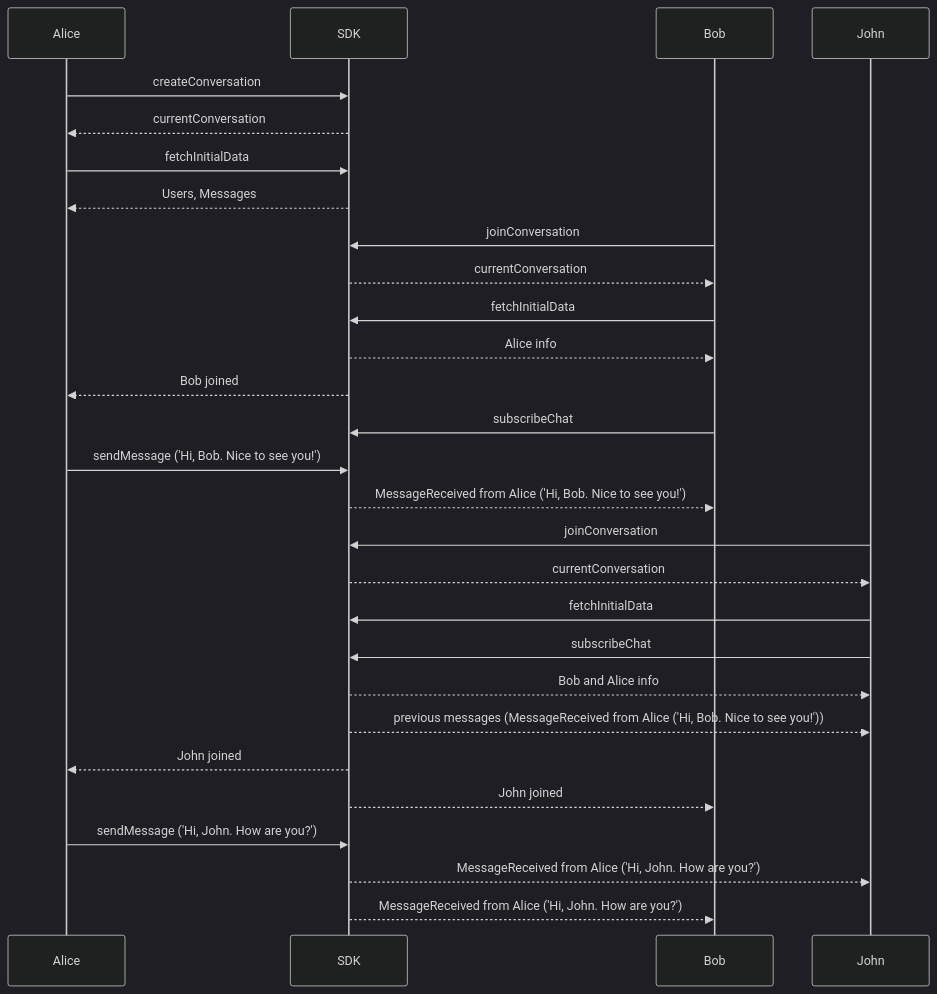
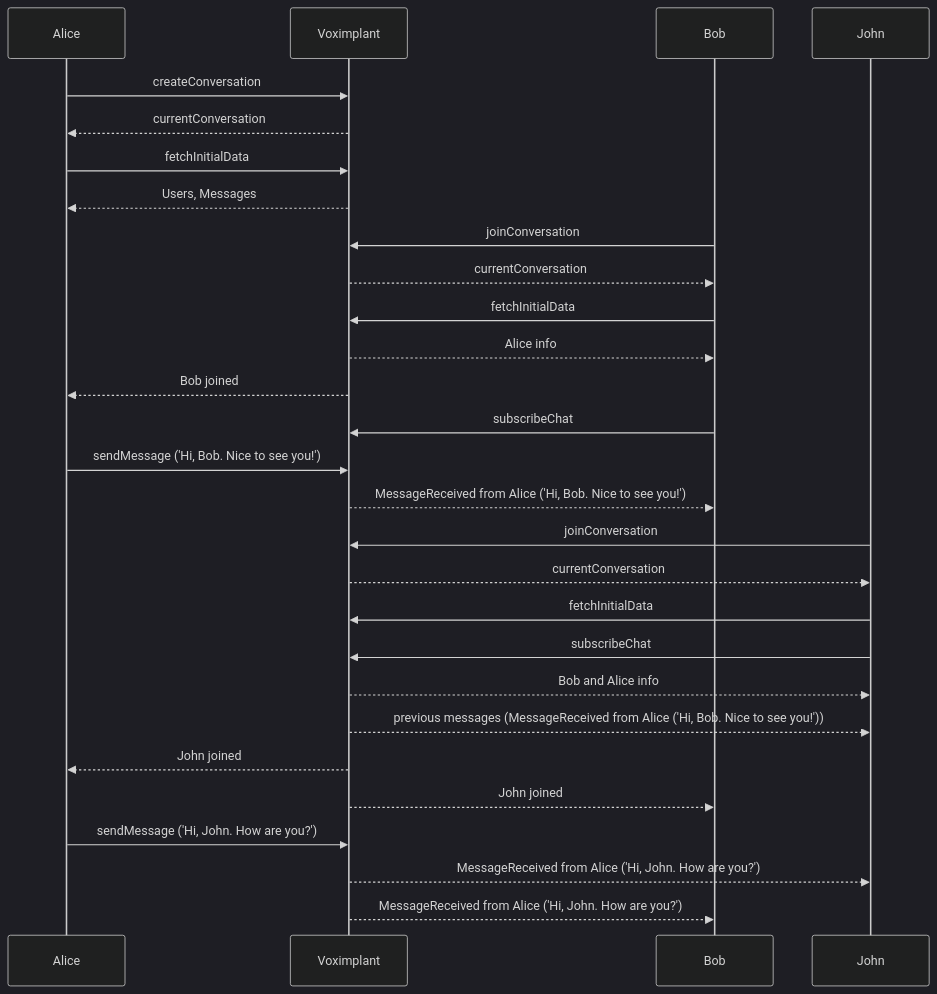
One commit to voximplant/solutions-videoconference changed the fourth of 5 diagrams in README.md. Above: the diagram before and after it, drawn with Mermaid (dark theme).

````diff
--- a/README.md
+++ b/README.md
@@ -681,30 +681,30 @@
 ```mermaid
 sequenceDiagram
     participant Alice
-    participant SDK
+    participant Voximplant
     participant Bob
     participant John
-    Alice->>SDK: createConversation
-    SDK-->>Alice: currentConversation
-    Alice->>SDK: fetchInitialData
-    SDK-->>Alice: Users, Messages
-    Bob->>SDK: joinConversation
-    SDK-->>Bob: currentConversation
-    Bob->>SDK: fetchInitialData
-    SDK-->>Bob: Alice info
-    SDK-->>Alice: Bob joined
-    Bob->>SDK: subscribeChat
-    Alice->>SDK: sendMessage ('Hi, Bob. Nice to see you!')
-    SDK-->>Bob: MessageReceived from Alice ('Hi, Bob. Nice to see you!')
-    John->>SDK: joinConversation
-    SDK-->>John: currentConversation
-    John->>SDK: fetchInitialData
-    John->>SDK: subscribeChat
-    SDK-->>John: Bob and Alice info
-    SDK-->>John: previous messages (MessageReceived from Alice ('Hi, Bob. Nice to see you!'))
-    SDK-->>Alice: John joined
-    SDK-->>Bob: John joined
-    Alice->>SDK: sendMessage ('Hi, John. How are you?')
-    SDK-->>John: MessageReceived from Alice ('Hi, John. How are you?')
-    SDK-->>Bob: MessageReceived from Alice ('Hi, John. How are you?')
+    Alice->>Voximplant: createConversation
+    Voximplant-->>Alice: currentConversation
+    Alice->>Voximplant: fetchInitialData
+    Voximplant-->>Alice: Users, Messages
+    Bob->>Voximplant: joinConversation
+    Voximplant-->>Bob: currentConversation
+    Bob->>Voximplant: fetchInitialData
+    Voximplant-->>Bob: Alice info
+    Voximplant-->>Alice: Bob joined
+    Bob->>Voximplant: subscribeChat
+    Alice->>Voximplant: sendMessage ('Hi, Bob. Nice to see you!')
+    Voximplant-->>Bob: MessageReceived from Alice ('Hi, Bob. Nice to see you!')
+    John->>Voximplant: joinConversation
+    Voximplant-->>John: currentConversation
+    John->>Voximplant: fetchInitialData
+    John->>Voximplant: subscribeChat
+    Voximplant-->>John: Bob and Alice info
+    Voximplant-->>John: previous messages (MessageReceived from Alice ('Hi, Bob. Nice to see you!'))
+    Voximplant-->>Alice: John joined
+    Voximplant-->>Bob: John joined
+    Alice->>Voximplant: sendMessage ('Hi, John. How are you?')
+    Voximplant-->>John: MessageReceived from Alice ('Hi, John. How are you?')
+    Voximplant-->>Bob: MessageReceived from Alice ('Hi, John. How are you?')
 ```
````
